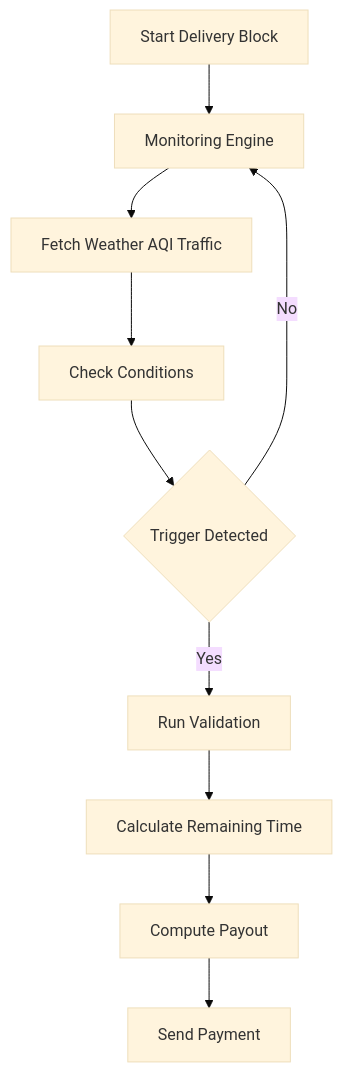
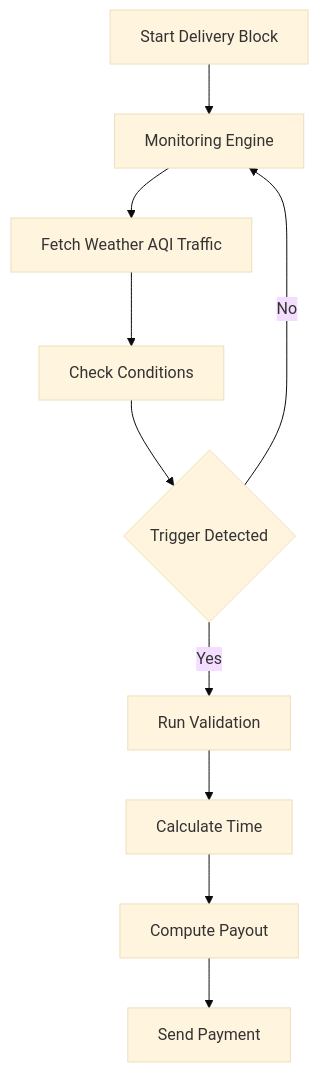
The first of 2 diagrams in README.md (NithyaShriSK/Guidewire-Hackathon-project), drawn with Mermaid (base theme) before and after one commit. The commit also changed other lines of this file, not shown here.

````diff
--- a/README.md
+++ b/README.md
@@ -39,14 +39,14 @@
 ```mermaid
 flowchart TD
     A[Start Delivery Block] --> B[Monitoring Engine]
     B --> C[Fetch Weather AQI Traffic]
     C --> D[Check Conditions]
     D --> E{Trigger Detected}
 
     E -->|Yes| F[Run Validation]
     E -->|No| B
 
-    F --> G[Calculate Remaining Time]
+    F --> G[Calculate Time]
     G --> H[Compute Payout]
     H --> I[Send Payment]
 ```
````
